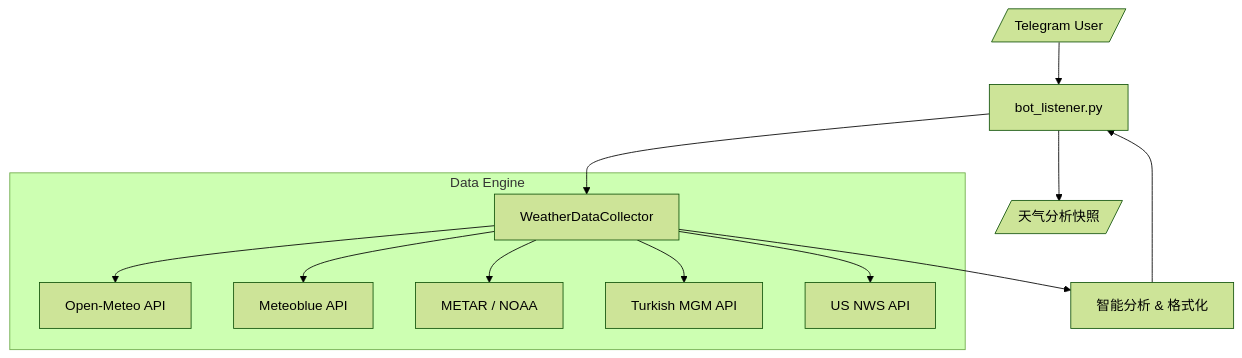
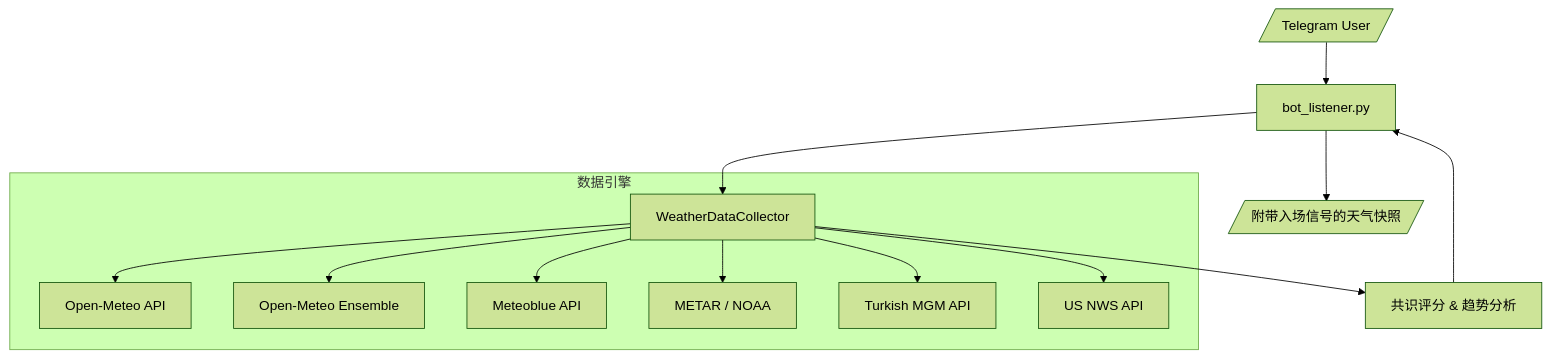
The diagram in README_ZH.md (yangyuan-zhen/PolyWeather), drawn with Mermaid (forest theme) before and after one commit. The commit also changed other lines of this file and 2 other files, not shown here.

Commit message:
feat: introduce model consensus scoring, ensemble forecast spread, and entry timing signals with enhanced trend analysis and updated documentation.

````diff
--- a/README_ZH.md
+++ b/README_ZH.md
@@ -137,17 +192,18 @@
 ```mermaid
 graph TD
     User[/Telegram User/] --> Bot[bot_listener.py]
     Bot --> Collector[WeatherDataCollector]
 
-    subgraph "Data Engine"
+    subgraph "数据引擎"
         Collector --> OM[Open-Meteo API]
+        Collector --> ENS[Open-Meteo Ensemble]
         Collector --> MB[Meteoblue API]
         Collector --> NOAA[METAR / NOAA]
         Collector --> MGM[Turkish MGM API]
         Collector --> NWS[US NWS API]
     end
 
-    Collector --> Processing[智能分析 & 格式化]
+    Collector --> Processing[共识评分 & 趋势分析]
     Processing --> Bot
-    Bot --> Response[/天气分析快照/]
+    Bot --> Response[/附带入场信号的天气快照/]
 ```
````
